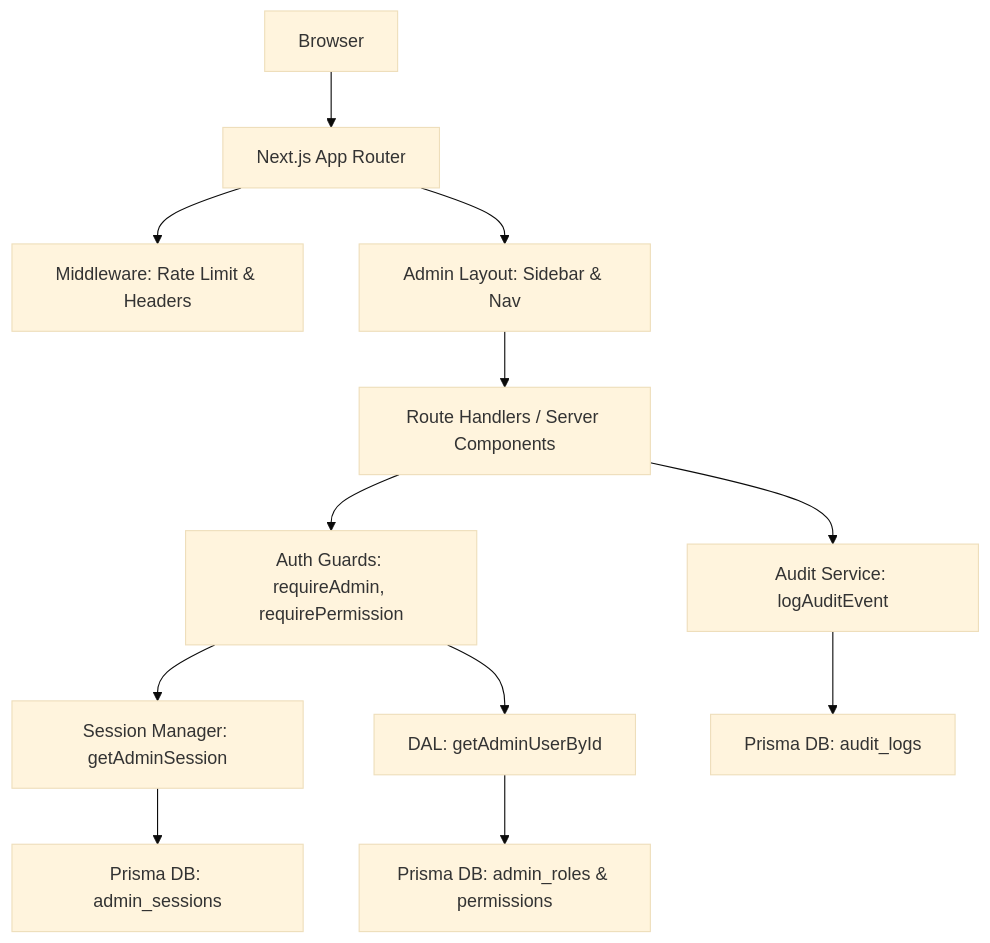
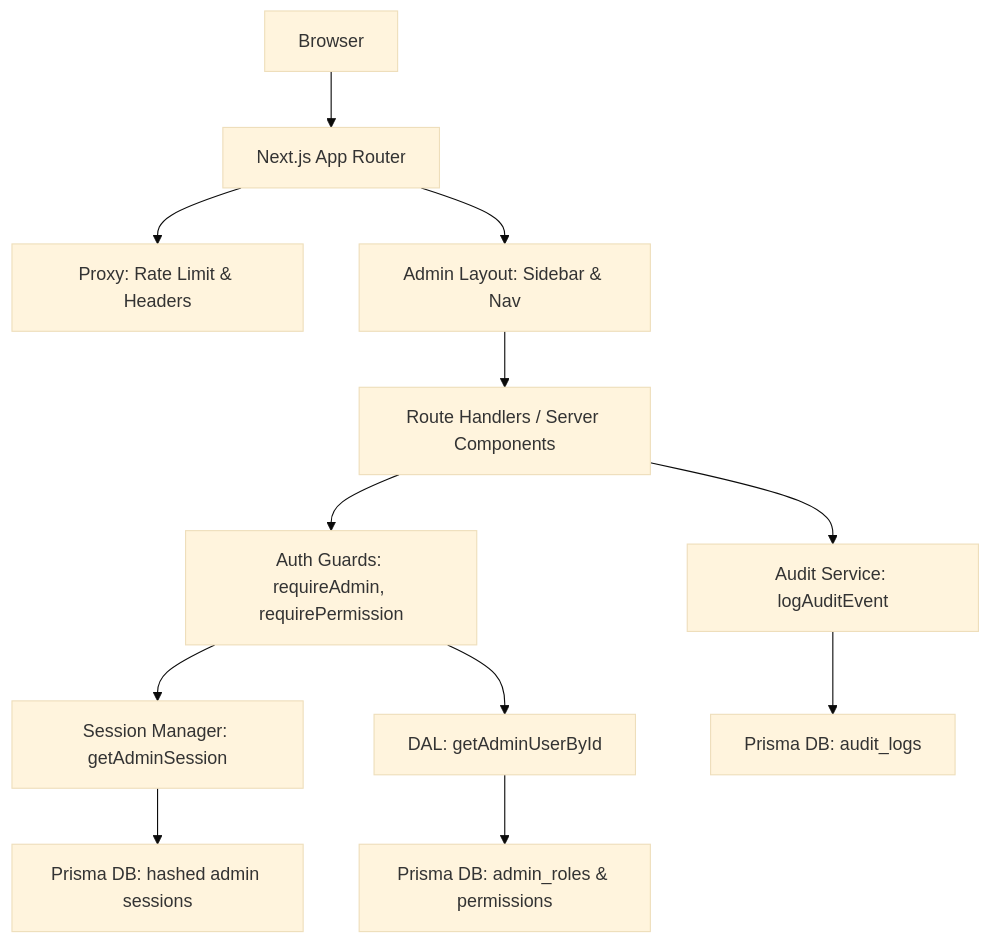
The diagram in docs/cms-foundation.md (rauell1/greenwave-society), drawn with Mermaid (base theme) before and after one commit. The commit also changed other lines of this file and 46 other files, not shown here.

````diff
--- a/docs/cms-foundation.md
+++ b/docs/cms-foundation.md
@@ -15,18 +15,18 @@
 ```mermaid
 graph TD
     A[Browser] --> B[Next.js App Router]
-    B --> C[Middleware: Rate Limit & Headers]
+    B --> C[Proxy: Rate Limit & Headers]
     B --> D[Admin Layout: Sidebar & Nav]
     
     D --> E[Route Handlers / Server Components]
     E --> F[Auth Guards: requireAdmin, requirePermission]
     
     F --> G[Session Manager: getAdminSession]
-    G --> H[Prisma DB: admin_sessions]
+    G --> H[Prisma DB: hashed admin sessions]
     
     F --> I[DAL: getAdminUserById]
     I --> J[Prisma DB: admin_roles & permissions]
     
     E --> K[Audit Service: logAuditEvent]
     K --> L[Prisma DB: audit_logs]
 ```
````
